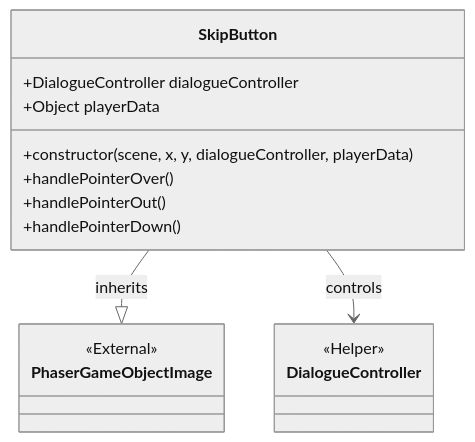
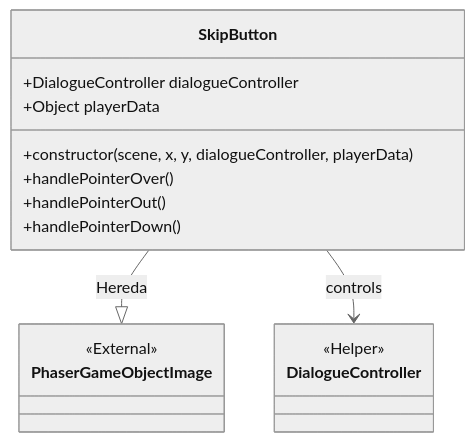
One commit to MaltenGD/TimeBoxed changed the second of 23 diagrams in arquitectura.md. Above: the diagram before and after it, drawn with Mermaid (neutral theme). The commit also changed other lines of this file, not shown here.

````diff
--- a/arquitectura.md
+++ b/arquitectura.md
@@ -15,22 +76,22 @@
 ```mermaid
 classDiagram
     class SkipButton {
         +DialogueController dialogueController
         +Object playerData
 
         +constructor(scene, x, y, dialogueController, playerData)
         +handlePointerOver()
         +handlePointerOut()
         +handlePointerDown()
     }
 
     class PhaserGameObjectImage {
         <<External>>
     }
     class DialogueController {
         <<Helper>>
     }
 
-    SkipButton --|> PhaserGameObjectImage : inherits
+    SkipButton --|> PhaserGameObjectImage : Hereda
     SkipButton --> DialogueController : controls
 ```
````
